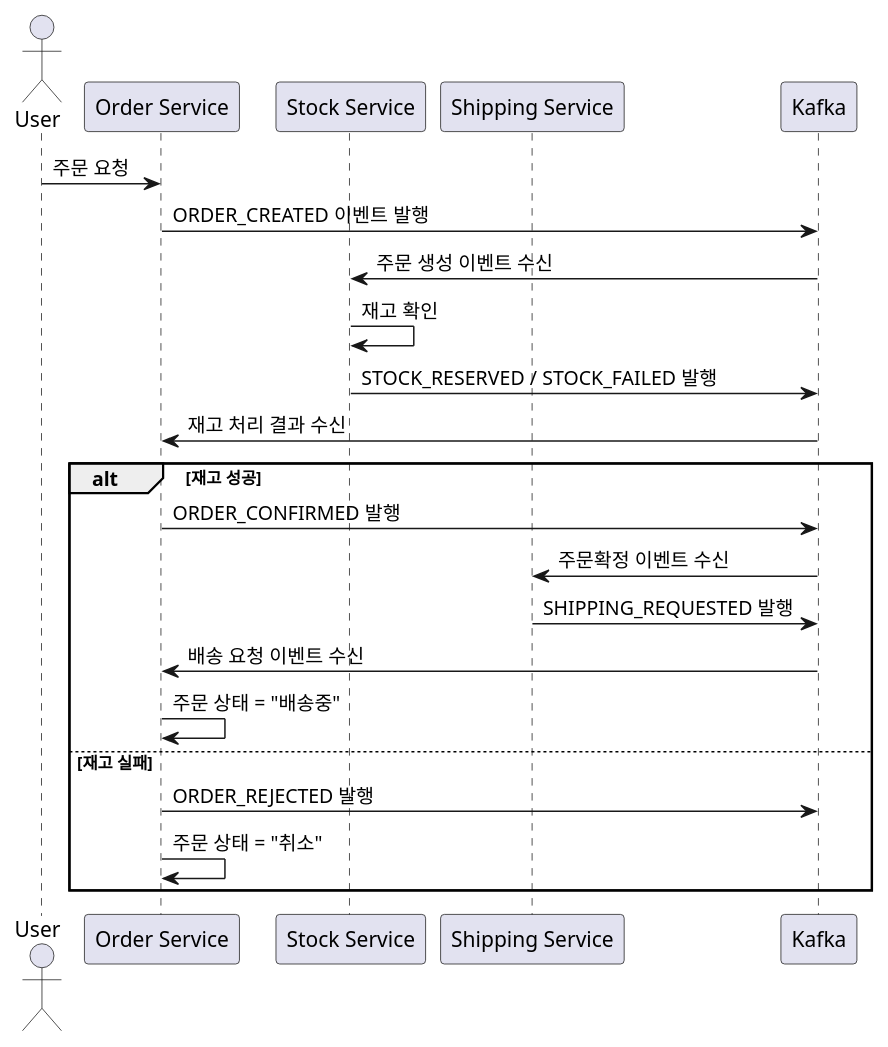
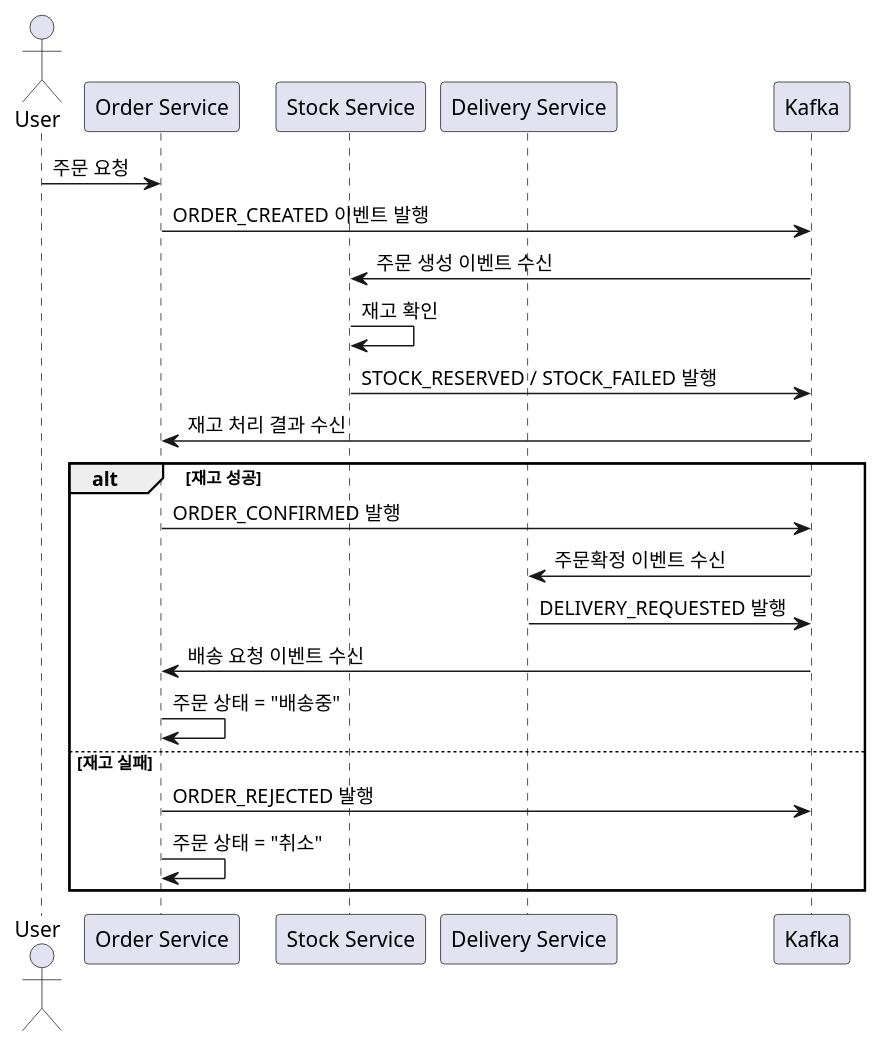
One commit to runnz121/OrderStream changed the diagram in doc/order.puml. Above: the diagram before and after it, drawn with PlantUML. The commit also changed 1 other file, not shown here.

Commit message:
[docs] fix typo (shipping -> delivery)

```diff
--- a/doc/order.puml
+++ b/doc/order.puml
@@ -1,25 +1,25 @@
 @startuml
 actor User
 participant "Order Service" as Order
 participant "Stock Service" as Stock
-participant "Shipping Service" as Shipping
+participant "Delivery Service" as Delivery
 
 User -> Order: 주문 요청
 Order -> Kafka: ORDER_CREATED 이벤트 발행
 Kafka -> Stock: 주문 생성 이벤트 수신
 
 Stock -> Stock: 재고 확인
 Stock -> Kafka: STOCK_RESERVED / STOCK_FAILED 발행
 
 Kafka -> Order: 재고 처리 결과 수신
 alt 재고 성공
     Order -> Kafka: ORDER_CONFIRMED 발행
-    Kafka -> Shipping: 주문확정 이벤트 수신
-    Shipping -> Kafka: SHIPPING_REQUESTED 발행
+    Kafka -> Delivery: 주문확정 이벤트 수신
+    Delivery -> Kafka: DELIVERY_REQUESTED 발행
     Kafka -> Order: 배송 요청 이벤트 수신
     Order -> Order: 주문 상태 = "배송중"
 else 재고 실패
     Order -> Kafka: ORDER_REJECTED 발행
     Order -> Order: 주문 상태 = "취소"
 end
 @enduml
```
